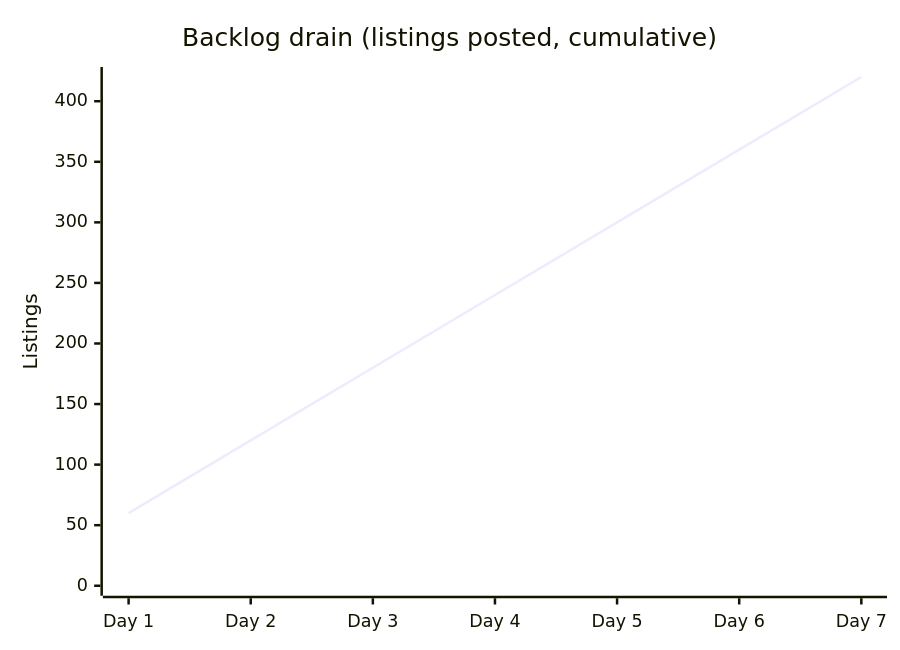
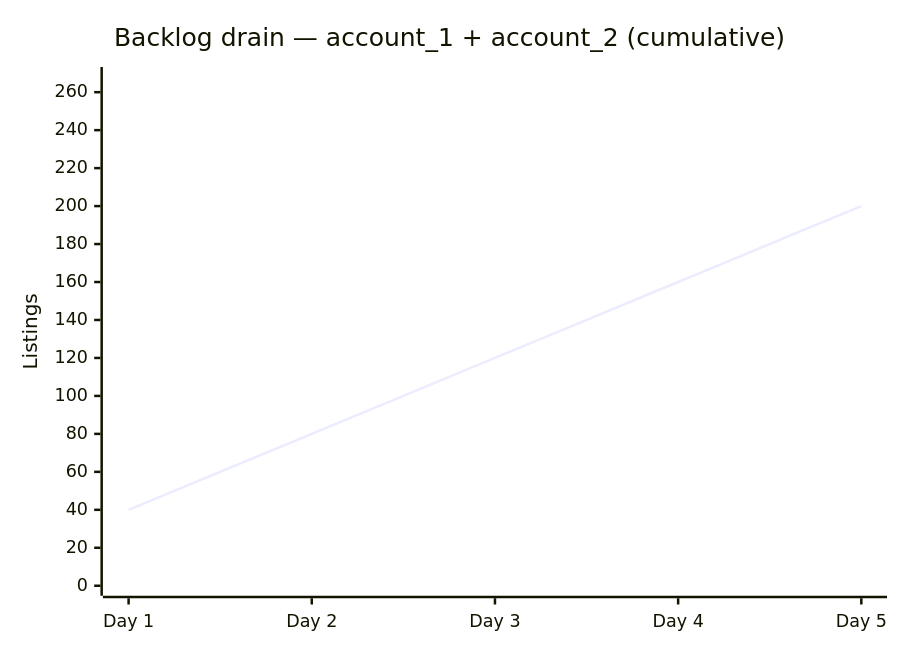
One commit to mg22mex/auto-upload changed the second of 10 diagrams in docs/PROJECT_GUIDE.md. Above: the diagram before and after it, drawn with Mermaid. The commit also changed other lines of this file and 2 other files, not shown here.

First line of the commit message:
Update docs for live sync on account_1 and account_2.

````diff
--- a/docs/PROJECT_GUIDE.md
+++ b/docs/PROJECT_GUIDE.md
@@ -32,7 +32,7 @@
 ```mermaid
 xychart-beta
-    title "Backlog drain (listings posted, cumulative)"
-    x-axis ["Day 1", "Day 2", "Day 3", "Day 4", "Day 5", "Day 6", "Day 7"]
-    y-axis "Listings" 0 --> 420
-    line [60, 120, 180, 240, 300, 360, 420]
+    title "Backlog drain — account_1 + account_2 (cumulative)"
+    x-axis ["Day 1", "Day 2", "Day 3", "Day 4", "Day 5"]
+    y-axis "Listings" 0 --> 268
+    line [40, 80, 120, 160, 200]
 ```
````
